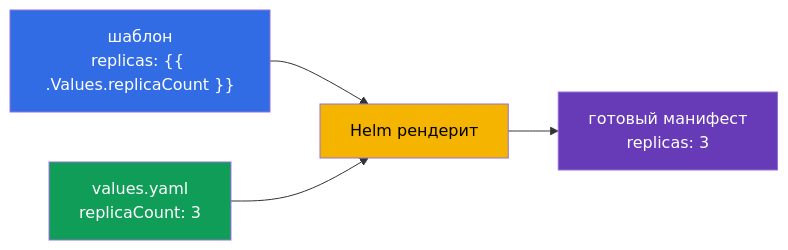
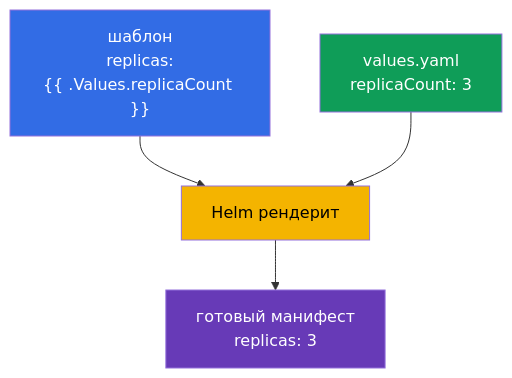
One commit to ViktorUJ/cks changed the third of 6 diagrams in tasks/cka/course/42/ru.md. Above: the diagram before and after it, drawn with Mermaid. The commit also changed other lines of this file and 30 other files, not shown here.

````diff
--- a/tasks/cka/course/42/ru.md
+++ b/tasks/cka/course/42/ru.md
@@ -102,10 +102,10 @@
 ```mermaid
-flowchart LR
-    tmpl["шаблон<br>replicas: {{ .Values.replicaCount }}"] --> render["Helm рендерит"]
+flowchart TB
+    tmpl["шаблон<br>replicas:<br>{{ .Values.replicaCount }}"] --> render["Helm рендерит"]
     vals["values.yaml<br>replicaCount: 3"] --> render
     render --> yaml["готовый манифест<br>replicas: 3"]
     style tmpl fill:#326ce5,color:#fff
     style vals fill:#0f9d58,color:#fff
     style render fill:#f4b400,color:#000
     style yaml fill:#673ab7,color:#fff
 ```
````
